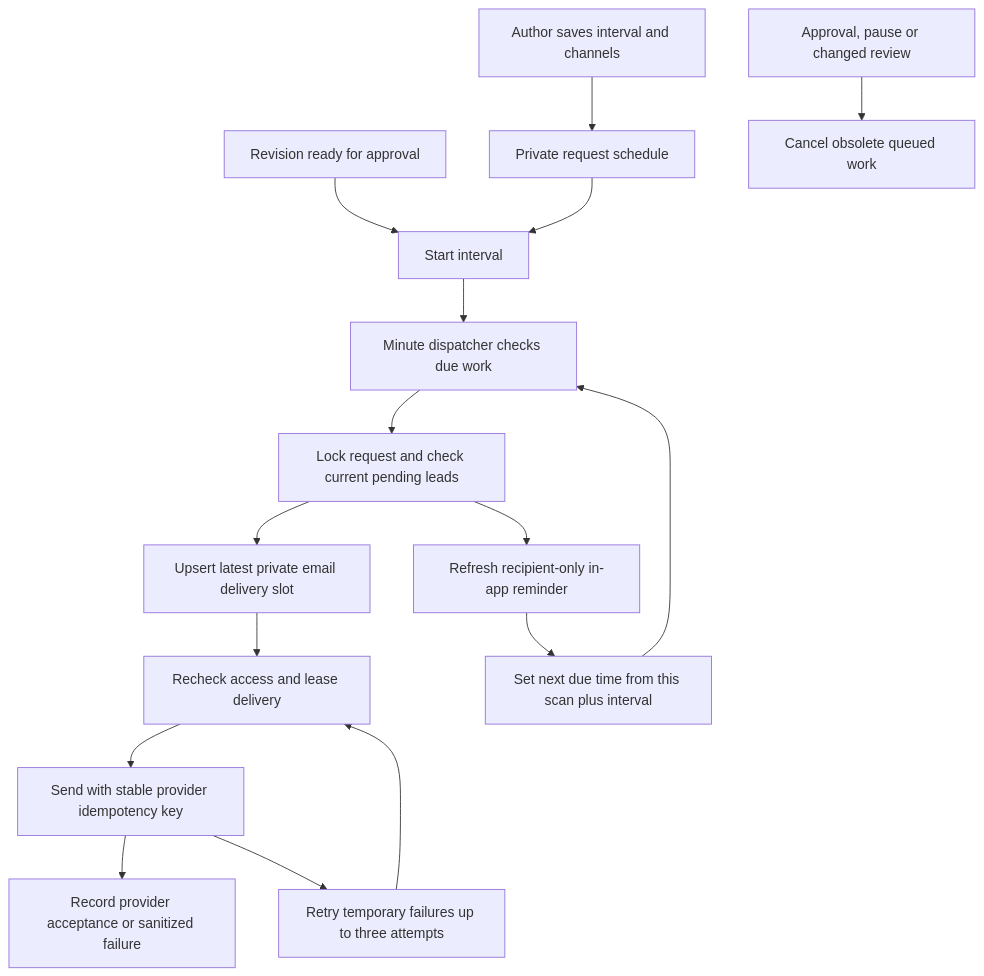
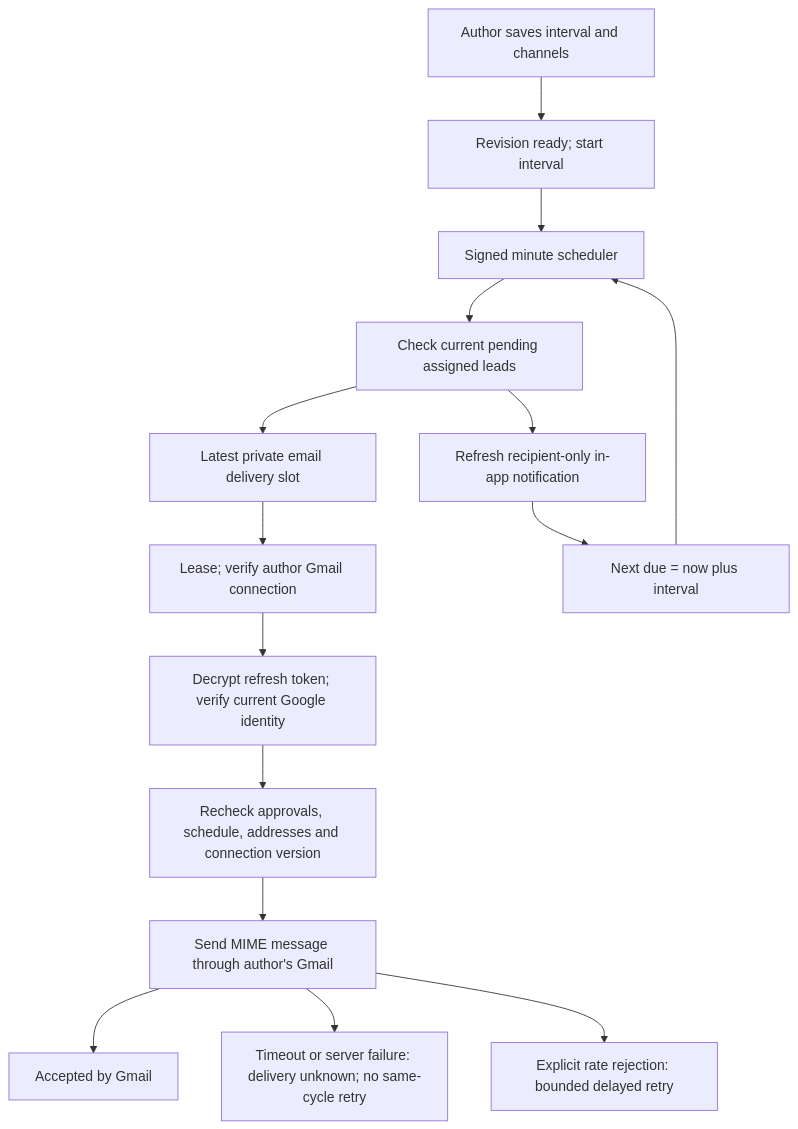
Before and after one commit to codera647/HandoffCheck: the second of 2 diagrams in doc/Reminders.md, drawn with Mermaid. The commit also changed other lines of this file and 21 other files, not shown here.

Commit message:
Send approval reminders through authors' connected Gmail accounts

````diff
--- a/doc/Reminders.md
+++ b/doc/Reminders.md
@@ -42,18 +68,17 @@
 ```mermaid
 flowchart TD
-  Author[Author saves interval and channels] --> Plan[Private request schedule]
-  Ready[Revision ready for approval] --> Timer[Start interval]
-  Plan --> Timer
-  Timer --> Scan[Minute dispatcher checks due work]
-  Scan --> Check[Lock request and check current pending leads]
-  Check --> App[Refresh recipient-only in-app reminder]
-  Check --> Queue[Upsert latest private email delivery slot]
-  Queue --> Lease[Recheck access and lease delivery]
-  Lease --> Resend[Send with stable provider idempotency key]
-  Resend --> Result[Record provider acceptance or sanitized failure]
-  Resend --> Retry[Retry temporary failures up to three attempts]
-  Retry --> Lease
-  App --> Next[Set next due time from this scan plus interval]
+  Plan[Author saves interval and channels] --> Timer[Revision ready; start interval]
+  Timer --> Scan[Signed minute scheduler]
+  Scan --> Check[Check current pending assigned leads]
+  Check --> App[Refresh recipient-only in-app notification]
+  Check --> Queue[Latest private email delivery slot]
+  Queue --> Lease[Lease; verify author Gmail connection]
+  Lease --> Refresh[Decrypt refresh token; verify current Google identity]
+  Refresh --> Gate[Recheck approvals, schedule, addresses and connection version]
+  Gate --> Gmail[Send MIME message through author's Gmail]
+  Gmail --> Accepted[Accepted by Gmail]
+  Gmail --> Unknown[Timeout or server failure: delivery unknown; no same-cycle retry]
+  Gmail --> Rejected[Explicit rate rejection: bounded delayed retry]
+  App --> Next[Next due = now plus interval]
   Next --> Scan
-  Approval[Approval, pause or changed review] --> Stop[Cancel obsolete queued work]
 ```
````
